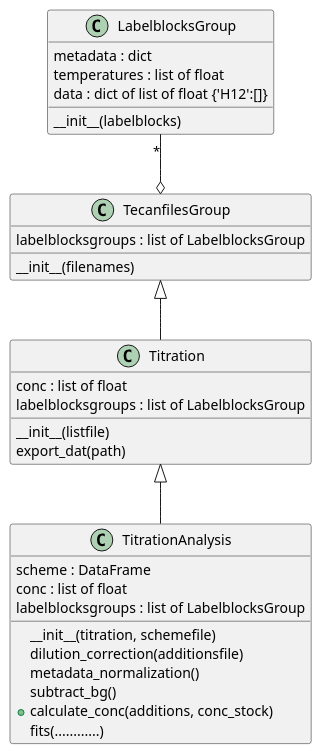
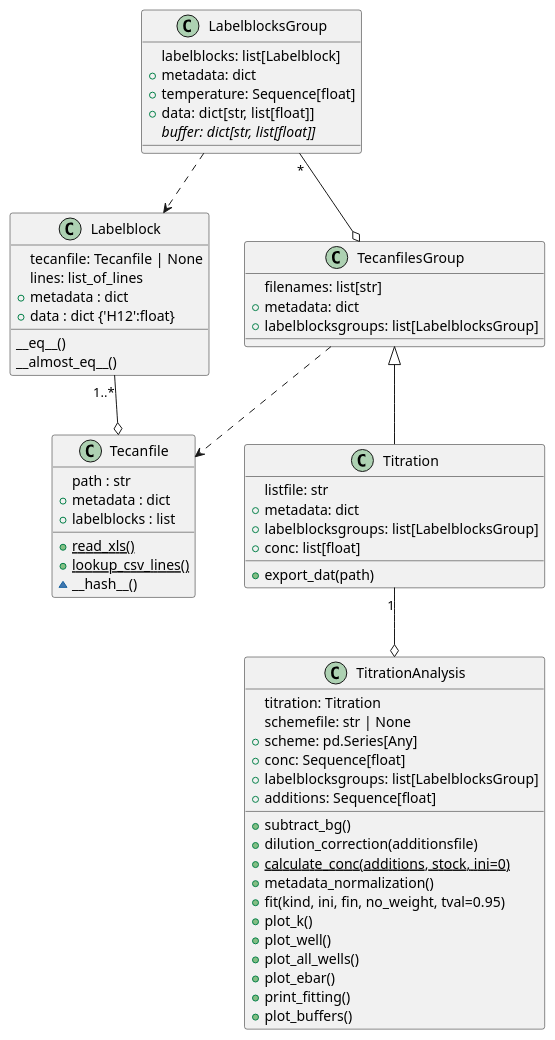
Before and after one commit to darosio/ClopHfit: the second of 2 diagrams in docs/api/api.rst, drawn with PlantUML. The commit also changed other lines of this file and 34 other files, not shown here.

```diff
--- a/docs/api/api.rst
+++ b/docs/api/api.rst
@@ -62,33 +67,70 @@
 .. uml::
 
-    LabelblocksGroup "*" --o TecanfilesGroup
+   Labelblock "1..*" --o Tecanfile
+
+   class Labelblock{
+     tecanfile: Tecanfile | None
+     lines: list_of_lines
+     +metadata : dict
+     +data : dict {'H12':float}
+	 __eq__()
+     __almost_eq__()
+    }
+
+	class Tecanfile{
+	  path : str
+	  +metadata : dict
+	  +labelblocks : list
+	  {static} +read_xls()
+	  {static} +lookup_csv_lines()
+	  ~__hash__()
+    }
+
+	LabelblocksGroup ..> Labelblock
+    TecanfilesGroup ..> Tecanfile
+
+	LabelblocksGroup "*" --o TecanfilesGroup
     TecanfilesGroup <|-- Titration
-    Titration <|-- TitrationAnalysis
+    Titration "1" --o TitrationAnalysis
 
-   class Titration{
-    conc : list of float
-    labelblocksgroups : list of LabelblocksGroup
-    __init__(listfile)
-    export_dat(path)
+	class LabelblocksGroup{
+	  labelblocks: list[Labelblock]
+	  +metadata: dict
+	  +temperature: Sequence[float]
+	  +data: dict[str, list[float]]
+	  {abstract} buffer: dict[str, list[float]]
     }
-   class TitrationAnalysis{
-    scheme : DataFrame
-    conc : list of float
-    labelblocksgroups : list of LabelblocksGroup
-    __init__(titration, schemefile)
-    dilution_correction(additionsfile)
-    metadata_normalization()
-    subtract_bg()
-    +calculate_conc(additions, conc_stock)
-    fits(............)
+
+	class TecanfilesGroup{
+      filenames: list[str]
+	  +metadata: dict
+	  +labelblocksgroups: list[LabelblocksGroup]
     }
-   class LabelblocksGroup{
-    metadata : dict
-    temperatures : list of float
-    data : dict of list of float {'H12':[]}
-    __init__(labelblocks)
+
+	class Titration{
+	  listfile: str
+	  +metadata: dict
+	  +labelblocksgroups: list[LabelblocksGroup]
+	  +conc: list[float]
+	  +export_dat(path)
     }
-   class TecanfilesGroup{
-    labelblocksgroups : list of LabelblocksGroup
-    __init__(filenames)
-    }
+
+	class TitrationAnalysis{
+	  titration: Titration
+	  schemefile: str | None
+	  +scheme: pd.Series[Any]
+	  +conc: Sequence[float]
+	  +labelblocksgroups: list[LabelblocksGroup]
+	  +additions: Sequence[float]
+	  +subtract_bg()
+	  +dilution_correction(additionsfile)
+	  {static} +calculate_conc(additions, stock, ini=0)
+	  +metadata_normalization()
+	  +fit(kind, ini, fin, no_weight, tval=0.95)
+	  +plot_k()
+	  +plot_well()
+	  +plot_all_wells()
+	  +plot_ebar()
+	  +print_fitting()
+	  +plot_buffers()
+	}
```
